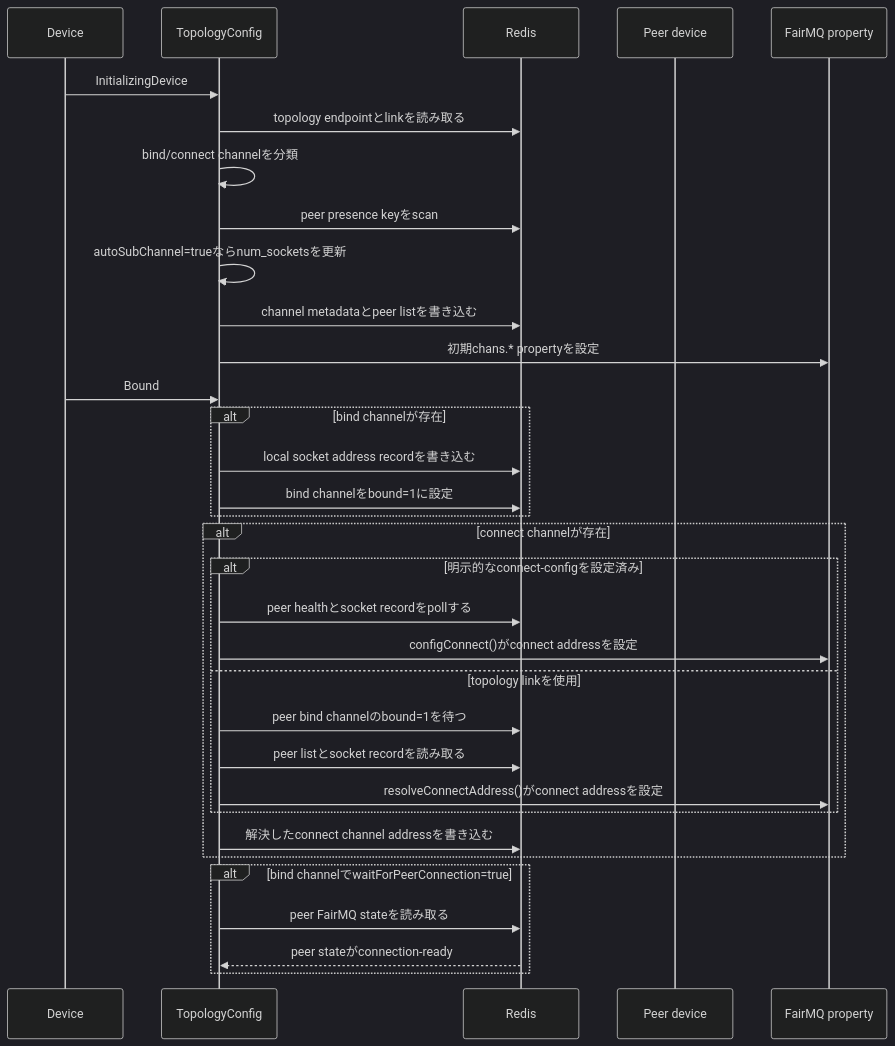
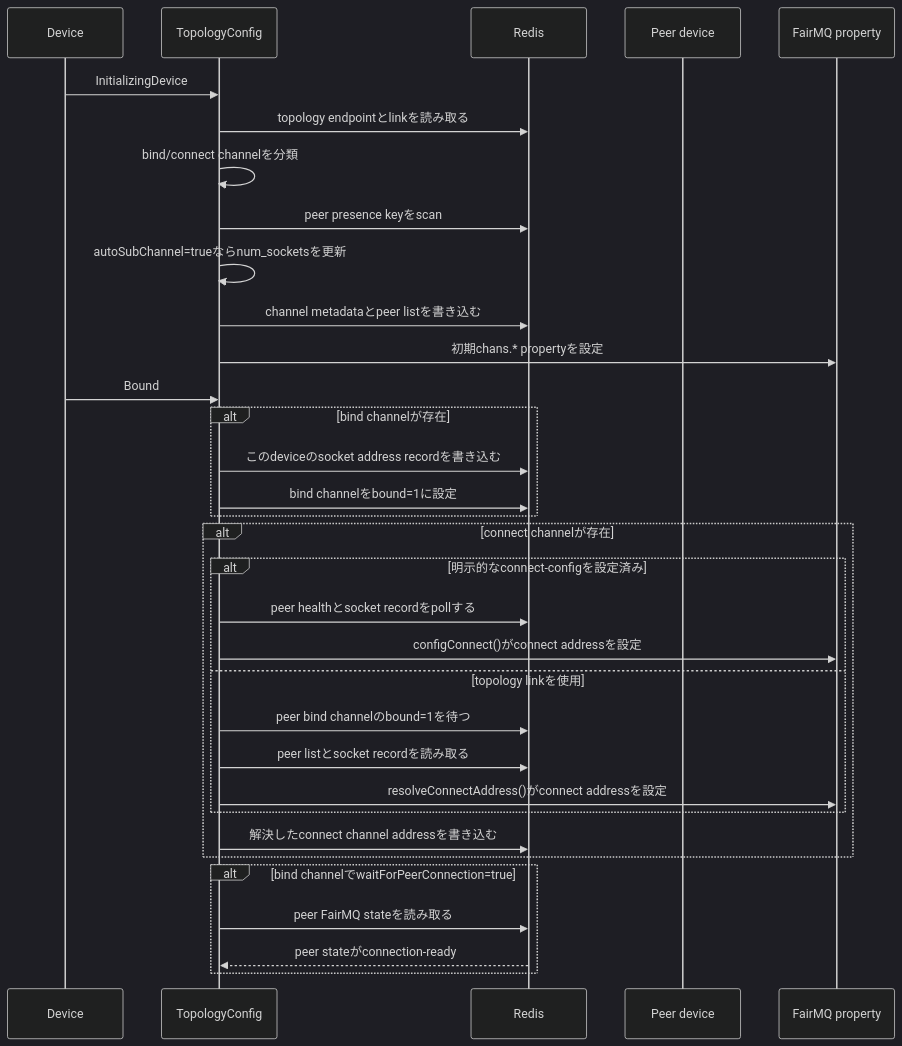
Before and after one commit to tntakahashi/nestdaq: the second of 3 diagrams in plugins/README.ja.md, drawn with Mermaid (dark theme). The commit also changed other lines of this file and 1 other file, not shown here.

Commit message:
docs(plugins): clarify topology component ownership

````diff
--- a/plugins/README.ja.md
+++ b/plugins/README.ja.md
@@ -355,37 +355,37 @@
 ```mermaid
 sequenceDiagram
     participant Device
     participant TopologyConfig
     participant Redis
     participant PeerDevices as Peer device
     participant FairMQProperties as FairMQ property
 
     Device->>TopologyConfig: InitializingDevice
     TopologyConfig->>Redis: topology endpointとlinkを読み取る
     TopologyConfig->>TopologyConfig: bind/connect channelを分類
     TopologyConfig->>Redis: peer presence keyをscan
     TopologyConfig->>TopologyConfig: autoSubChannel=trueならnum_socketsを更新
     TopologyConfig->>Redis: channel metadataとpeer listを書き込む
     TopologyConfig->>FairMQProperties: 初期chans.* propertyを設定
 
     Device->>TopologyConfig: Bound
     alt bind channelが存在
-        TopologyConfig->>Redis: local socket address recordを書き込む
+        TopologyConfig->>Redis: このdeviceのsocket address recordを書き込む
         TopologyConfig->>Redis: bind channelをbound=1に設定
     end
     alt connect channelが存在
         alt 明示的なconnect-configを設定済み
             TopologyConfig->>Redis: peer healthとsocket recordをpollする
             TopologyConfig->>FairMQProperties: configConnect()がconnect addressを設定
         else topology linkを使用
             TopologyConfig->>Redis: peer bind channelのbound=1を待つ
             TopologyConfig->>Redis: peer listとsocket recordを読み取る
             TopologyConfig->>FairMQProperties: resolveConnectAddress()がconnect addressを設定
         end
         TopologyConfig->>Redis: 解決したconnect channel addressを書き込む
     end
     alt bind channelでwaitForPeerConnection=true
         TopologyConfig->>Redis: peer FairMQ stateを読み取る
         Redis-->>TopologyConfig: peer stateがconnection-ready
     end
 ```
````
